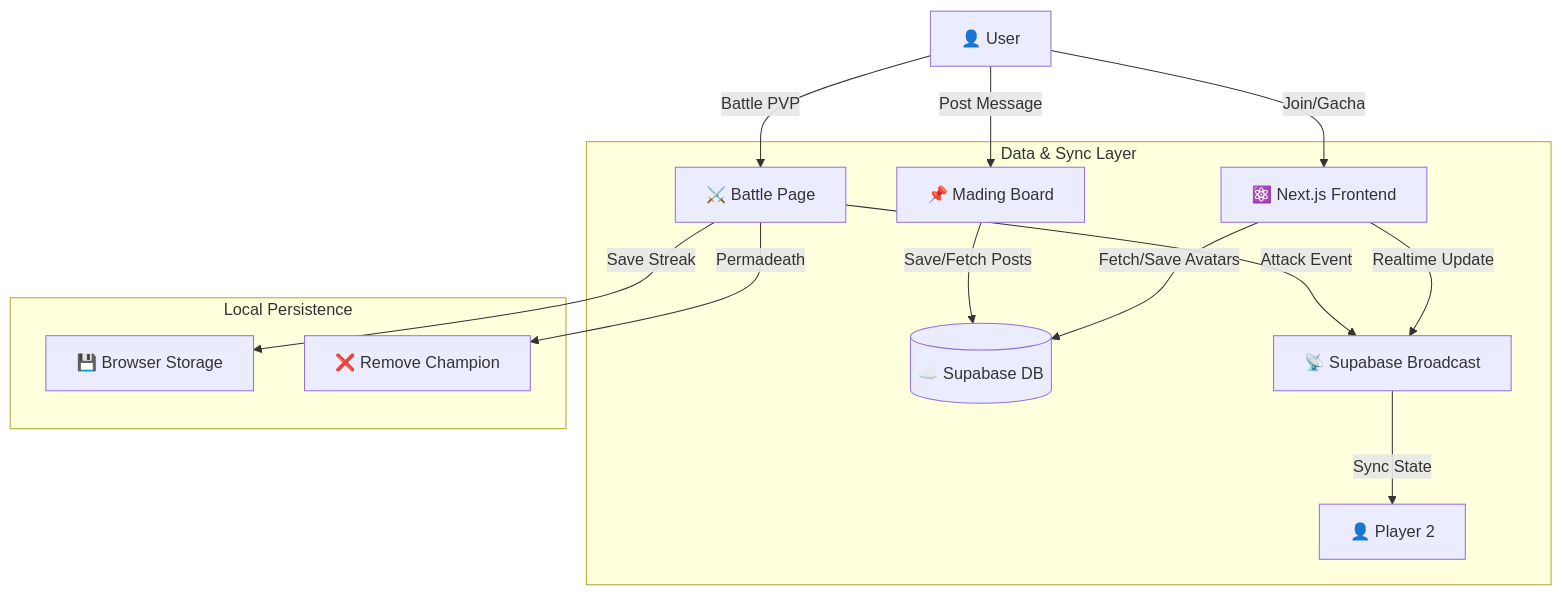
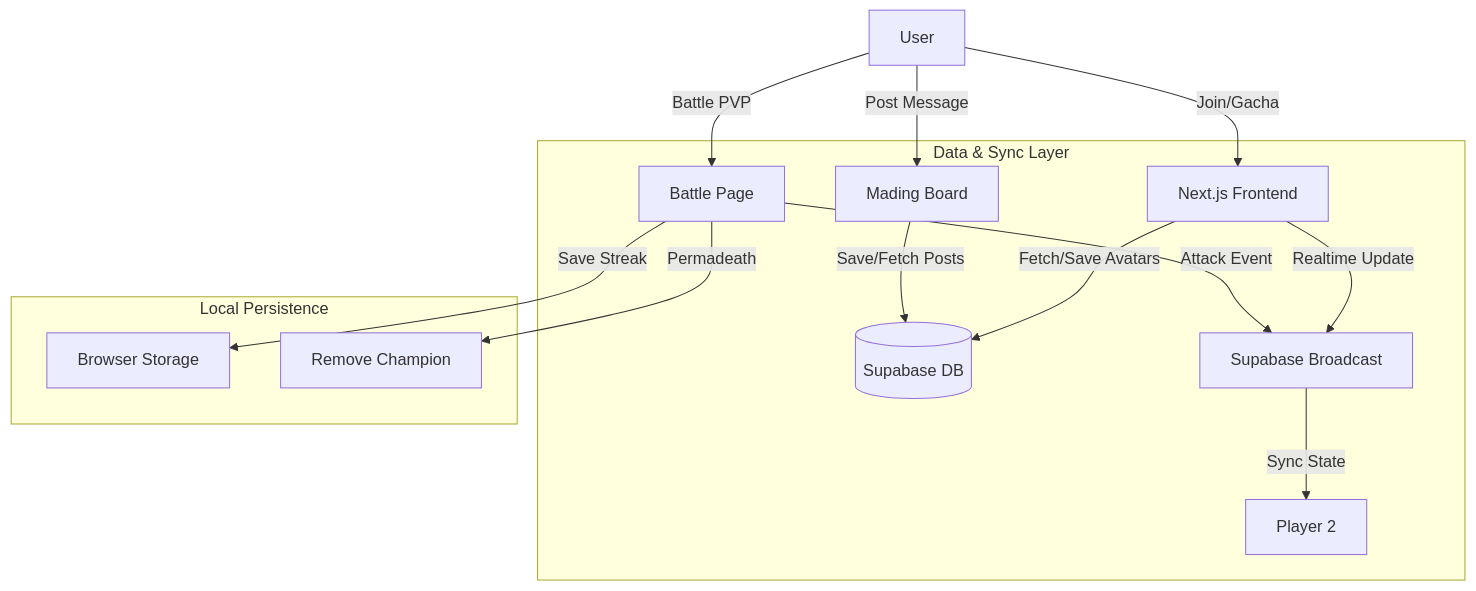
Before and after one commit to Marvx-US/AsahMemory: the first of 5 diagrams in README.md, drawn with Mermaid. The commit also changed other lines of this file, not shown here.

````diff
--- a/README.md
+++ b/README.md
@@ -76,19 +76,19 @@
 ```mermaid
 graph TD
-    User[👤 User] -->|Join/Gacha| NextJS[⚛️ Next.js Frontend]
-    User -->|Battle PVP| Battle[⚔️ Battle Page]
-    User -->|Post Message| Mading[📌 Mading Board]
+    User[User] -->|Join/Gacha| NextJS[Next.js Frontend]
+    User -->|Battle PVP| Battle[Battle Page]
+    User -->|Post Message| Mading[Mading Board]
     
-    subgraph "Data & Sync Layer"
-        NextJS -->|Fetch/Save Avatars| DB[(☁️ Supabase DB)]
+    subgraph DataSync[Data & Sync Layer]
+        NextJS -->|Fetch/Save Avatars| DB[(Supabase DB)]
         Mading -->|Save/Fetch Posts| DB
-        NextJS -->|Realtime Update| Broadcast[📡 Supabase Broadcast]
+        NextJS -->|Realtime Update| Broadcast[Supabase Broadcast]
         Battle -->|Attack Event| Broadcast
-        Broadcast -->|Sync State| Opponent[👤 Player 2]
+        Broadcast -->|Sync State| Opponent[Player 2]
     end
     
-    subgraph "Local Persistence"
-        Battle -->|Save Streak| LocalStorage[💾 Browser Storage]
-        Battle -->|Permadeath| Delete[❌ Remove Champion]
+    subgraph LocalStore[Local Persistence]
+        Battle -->|Save Streak| LocalStorage[Browser Storage]
+        Battle -->|Permadeath| Delete[Remove Champion]
     end
 ```
````
